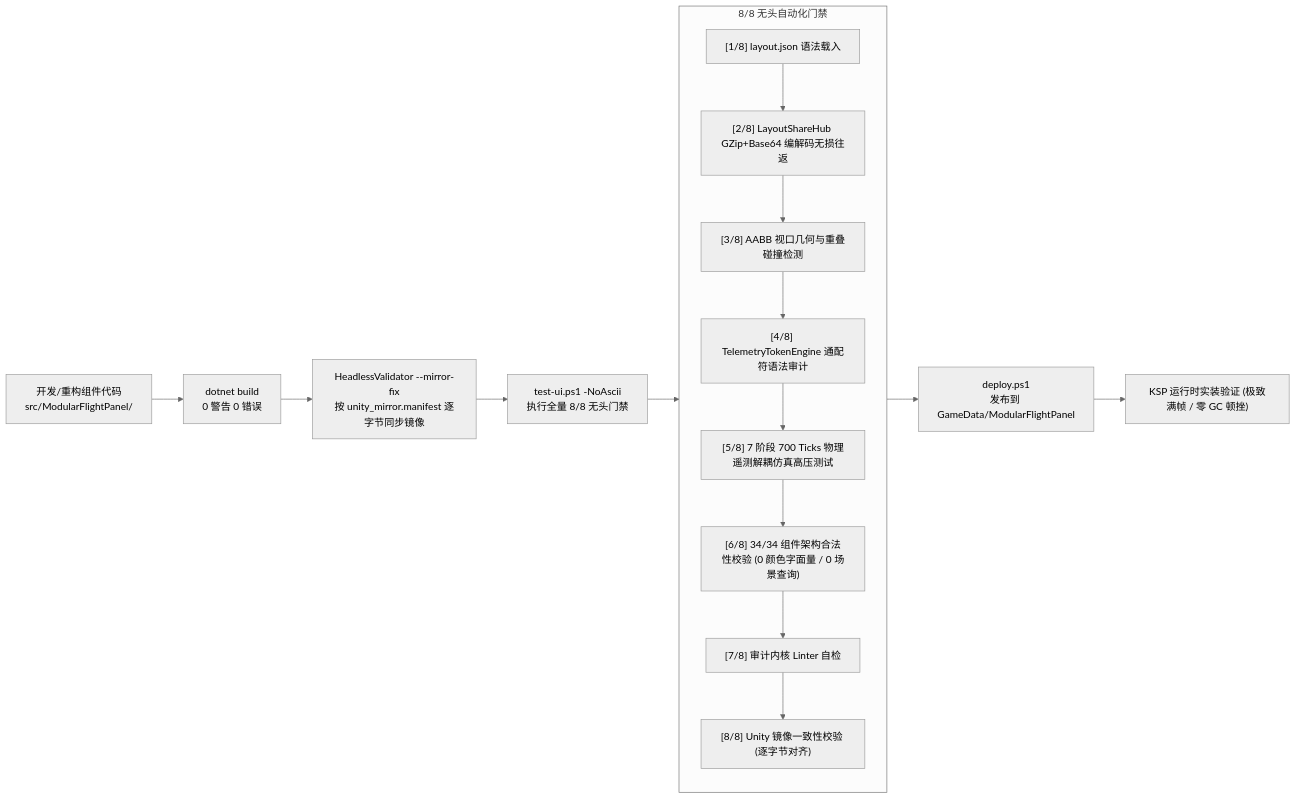
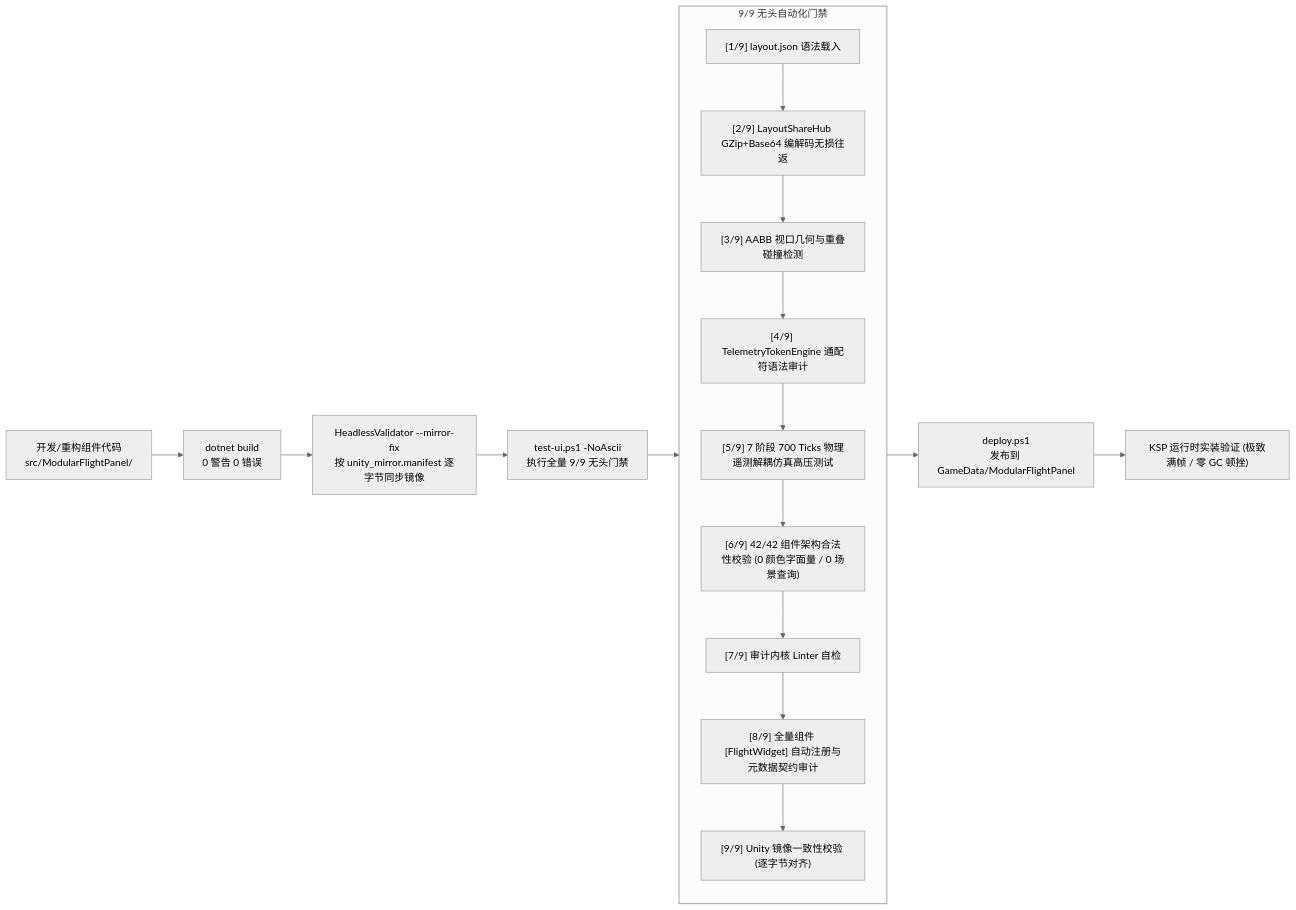
Before and after one commit to DiaoDaiaChan/KSP_ModularFlightPanel: the fifth of 5 diagrams in ARCHITECTURE.md, drawn with Mermaid (neutral theme). The commit also changed other lines of this file and 183 other files, not shown here.

````diff
--- a/ARCHITECTURE.md
+++ b/ARCHITECTURE.md
@@ -260,25 +270,26 @@
 ```mermaid
 flowchart LR
     Dev["开发/重构组件代码<br/>src/ModularFlightPanel/"] --> Build["dotnet build<br/>0 警告 0 错误"]
     
     Build --> SyncMirror["HeadlessValidator --mirror-fix<br/>按 unity_mirror.manifest 逐字节同步镜像"]
     
-    SyncMirror --> Gate["test-ui.ps1 -NoAscii<br/>执行全量 8/8 无头门禁"]
+    SyncMirror --> Gate["test-ui.ps1 -NoAscii<br/>执行全量 9/9 无头门禁"]
     
-    subgraph EightGates["8/8 无头自动化门禁"]
+    subgraph NineGates["9/9 无头自动化门禁"]
         direction TB
-        G1["[1/8] layout.json 语法载入"]
-        G2["[2/8] LayoutShareHub GZip+Base64 编解码无损往返"]
-        G3["[3/8] AABB 视口几何与重叠碰撞检测"]
-        G4["[4/8] TelemetryTokenEngine 通配符语法审计"]
-        G5["[5/8] 7 阶段 700 Ticks 物理遥测解耦仿真高压测试"]
-        G6["[6/8] 34/34 组件架构合法性校验 (0 颜色字面量 / 0 场景查询)"]
-        G7["[7/8] 审计内核 Linter 自检"]
-        G8["[8/8] Unity 镜像一致性校验 (逐字节对齐)"]
-        G1 --> G2 --> G3 --> G4 --> G5 --> G6 --> G7 --> G8
+        G1["[1/9] layout.json 语法载入"]
+        G2["[2/9] LayoutShareHub GZip+Base64 编解码无损往返"]
+        G3["[3/9] AABB 视口几何与重叠碰撞检测"]
+        G4["[4/9] TelemetryTokenEngine 通配符语法审计"]
+        G5["[5/9] 7 阶段 700 Ticks 物理遥测解耦仿真高压测试"]
+        G6["[6/9] 42/42 组件架构合法性校验 (0 颜色字面量 / 0 场景查询)"]
+        G7["[7/9] 审计内核 Linter 自检"]
+        G8["[8/9] 全量组件 [FlightWidget] 自动注册与元数据契约审计"]
+        G9["[9/9] Unity 镜像一致性校验 (逐字节对齐)"]
+        G1 --> G2 --> G3 --> G4 --> G5 --> G6 --> G7 --> G8 --> G9
     end
     
-    Gate --> EightGates
-    EightGates --> Deploy["deploy.ps1<br/>发布到 GameData/ModularFlightPanel"]
+    Gate --> NineGates
+    NineGates --> Deploy["deploy.ps1<br/>发布到 GameData/ModularFlightPanel"]
     Deploy --> KSP_Run["KSP 运行时实装验证 (极致满帧 / 零 GC 顿挫)"]
 ```
````
